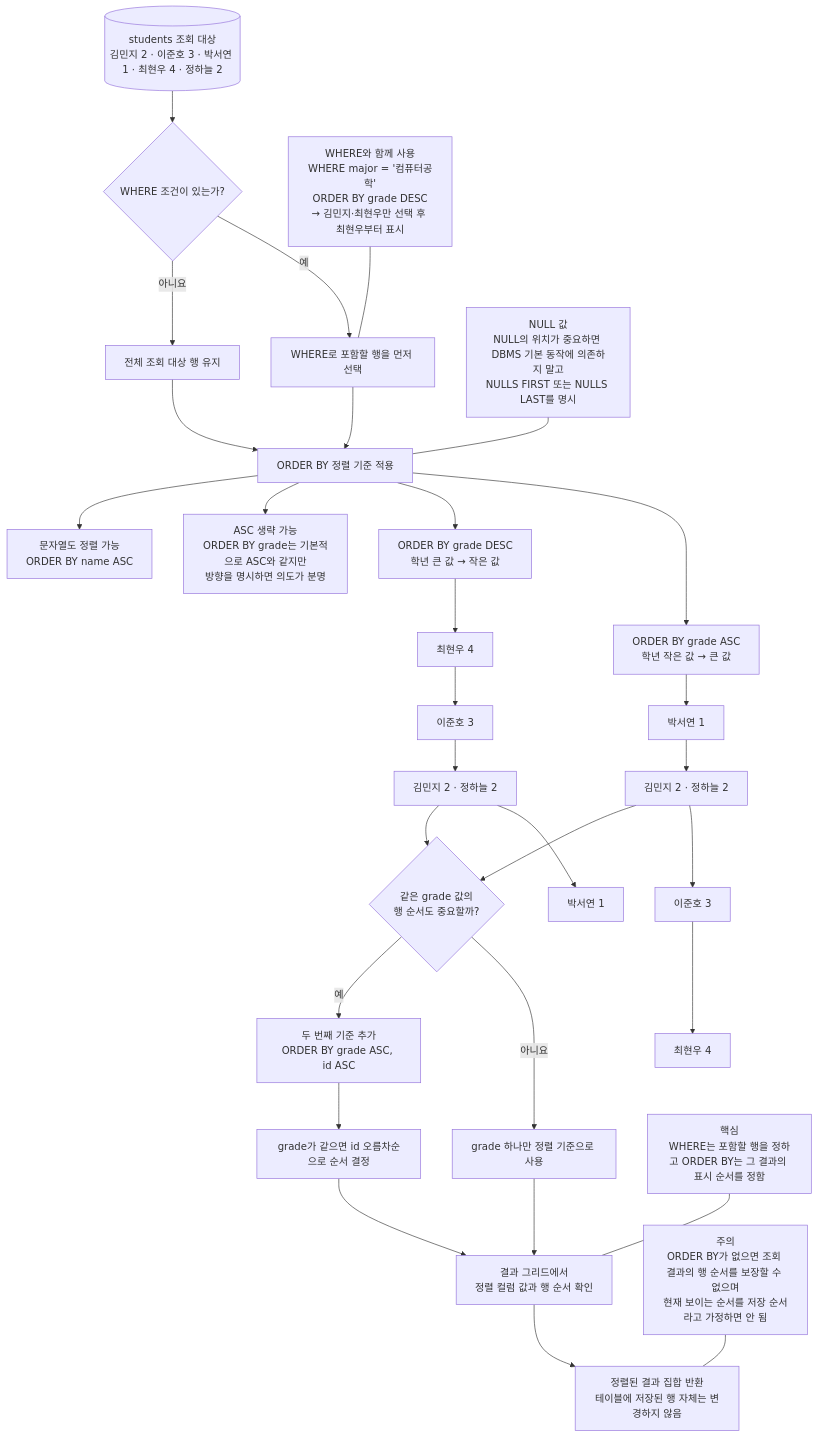
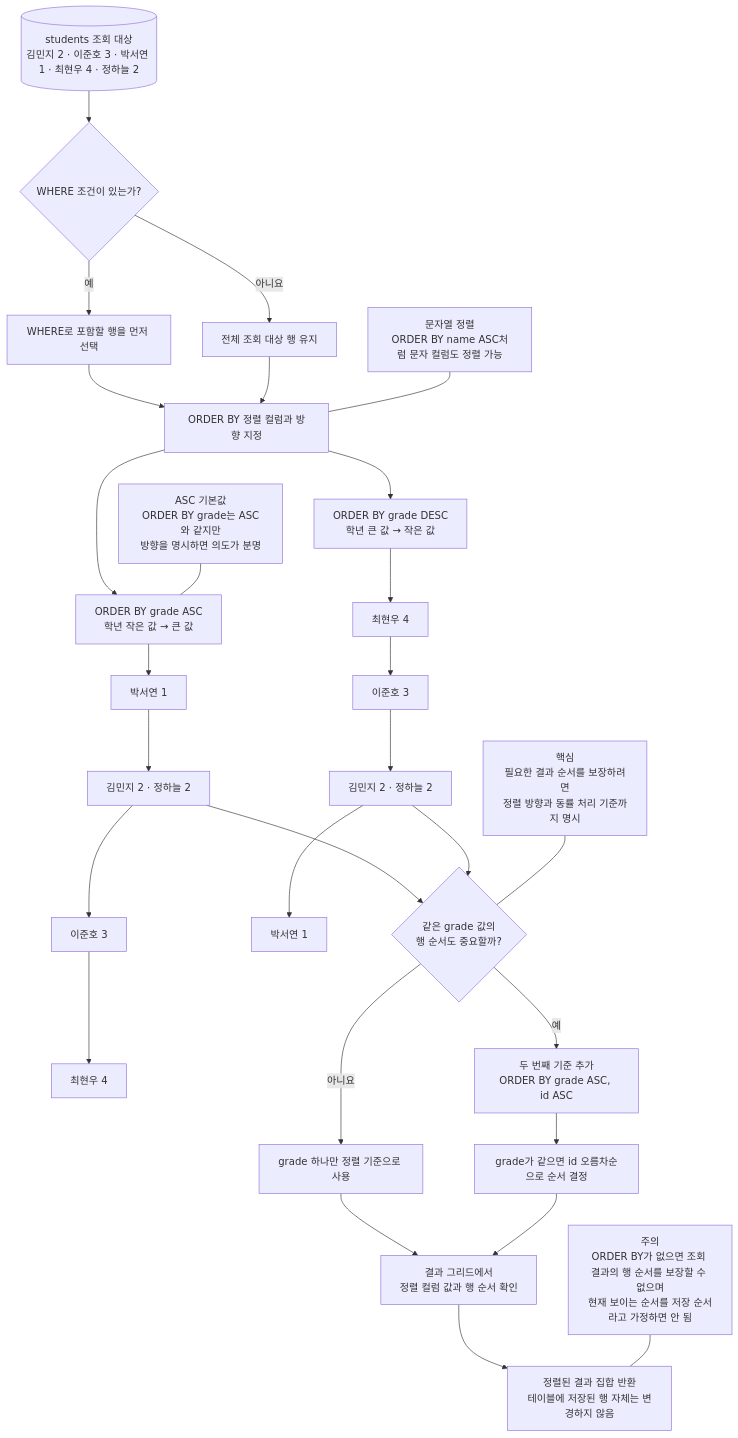
The diagram in images/chapter04/ch04_05_order_by_sort_flow.mmd (GilbertMoon/ai-database-book), drawn with Mermaid before and after one commit.

Commit message:
Align chapter 4 ORDER BY Mermaid source with diagram

```diff
--- a/images/chapter04/ch04_05_order_by_sort_flow.mmd
+++ b/images/chapter04/ch04_05_order_by_sort_flow.mmd
@@ -1,37 +1,34 @@
 flowchart TB
     A[(students 조회 대상<br/>김민지 2 · 이준호 3 · 박서연 1 · 최현우 4 · 정하늘 2)] --> B{WHERE 조건이 있는가?}
     B -- 예 --> B1[WHERE로 포함할 행을 먼저 선택]
     B -- 아니요 --> B2[전체 조회 대상 행 유지]
-    B1 --> C[ORDER BY 정렬 기준 적용]
+    B1 --> C[ORDER BY 정렬 컬럼과 방향 지정]
     B2 --> C
 
     C --> A1[ORDER BY grade ASC<br/>학년 작은 값 → 큰 값]
     C --> D1[ORDER BY grade DESC<br/>학년 큰 값 → 작은 값]
 
     A1 --> A2[박서연 1]
     A2 --> A3[김민지 2 · 정하늘 2]
     A3 --> A4[이준호 3]
     A4 --> A5[최현우 4]
 
     D1 --> D2[최현우 4]
     D2 --> D3[이준호 3]
     D3 --> D4[김민지 2 · 정하늘 2]
     D4 --> D5[박서연 1]
 
     A3 --> T{같은 grade 값의<br/>행 순서도 중요할까?}
     D4 --> T
     T -- 아니요 --> T1[grade 하나만 정렬 기준으로 사용]
     T -- 예 --> T2[두 번째 기준 추가<br/>ORDER BY grade ASC, id ASC]
     T2 --> T3[grade가 같으면 id 오름차순으로 순서 결정]
 
-    C --> N1[ASC 생략 가능<br/>ORDER BY grade는 기본적으로 ASC와 같지만<br/>방향을 명시하면 의도가 분명]
-    C --> N2[문자열도 정렬 가능<br/>ORDER BY name ASC]
-
     T1 --> R[결과 그리드에서<br/>정렬 컬럼 값과 행 순서 확인]
     T3 --> R
     R --> S[정렬된 결과 집합 반환<br/>테이블에 저장된 행 자체는 변경하지 않음]
 
-    W[WHERE와 함께 사용<br/>WHERE major = '컴퓨터공학'<br/>ORDER BY grade DESC<br/>→ 김민지·최현우만 선택 후 최현우부터 표시] --- B1
+    N1[ASC 기본값<br/>ORDER BY grade는 ASC와 같지만<br/>방향을 명시하면 의도가 분명] --- A1
+    N2[문자열 정렬<br/>ORDER BY name ASC처럼 문자 컬럼도 정렬 가능] --- C
     N3[주의<br/>ORDER BY가 없으면 조회 결과의 행 순서를 보장할 수 없으며<br/>현재 보이는 순서를 저장 순서라고 가정하면 안 됨] --- S
-    N4[NULL 값<br/>NULL의 위치가 중요하면 DBMS 기본 동작에 의존하지 말고<br/>NULLS FIRST 또는 NULLS LAST를 명시] --- C
-    N5[핵심<br/>WHERE는 포함할 행을 정하고 ORDER BY는 그 결과의 표시 순서를 정함] --- R
+    N4[핵심<br/>필요한 결과 순서를 보장하려면<br/>정렬 방향과 동률 처리 기준까지 명시] --- T
```
